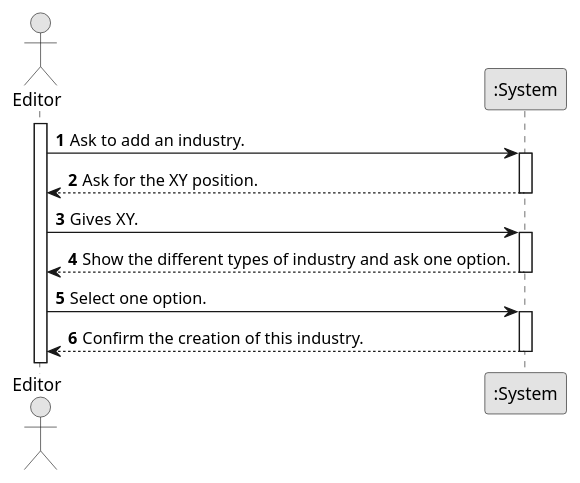
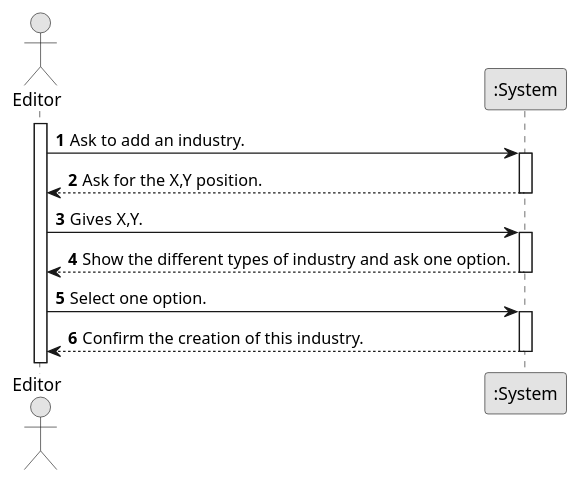
Before and after one commit to 1240826/empire-on-tracks: the diagram in docs/system-documentation/US002/01.requirements-engineering/puml/US002-SSD.puml, drawn with PlantUML. The commit also changed 7 other files, not shown here.

```diff
--- a/docs/system-documentation/US002/01.requirements-engineering/puml/US002-SSD.puml
+++ b/docs/system-documentation/US002/01.requirements-engineering/puml/US002-SSD.puml
@@ -1,38 +1,38 @@
 @startuml
 skinparam monochrome true
 skinparam packageStyle rectangle
 skinparam shadowing false
 
 autonumber
 
 actor "Editor" as Employee
 participant ":System" as System
 
 activate Employee
 
     Employee -> System : Ask to add an industry.
     activate System
 
-        System-->Employee:Ask for the XY position.
+        System-->Employee:Ask for the X,Y position.
 
     deactivate System
 
-    Employee->System:Gives XY.
+    Employee->System:Gives X,Y.
 
     activate System
     System-->Employee:Show the different types of industry and ask one option.
 
     deactivate System
 
    Employee->System:Select one option.
 
    activate System
 
    System-->Employee:Confirm the creation of this industry.
 
    deactivate System
 
 
 
 
 @enduml
```
